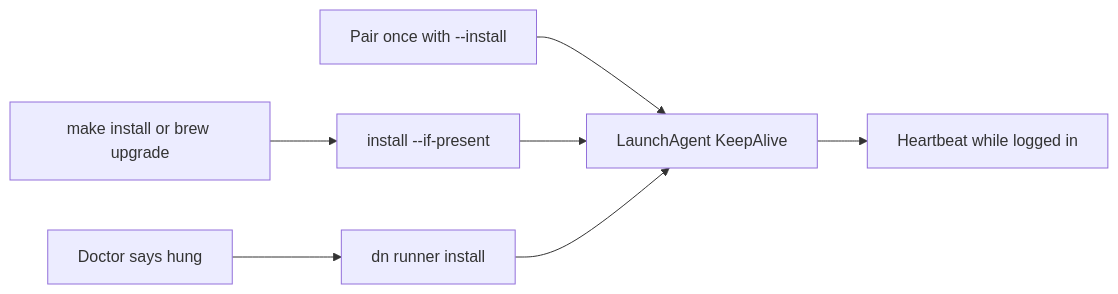
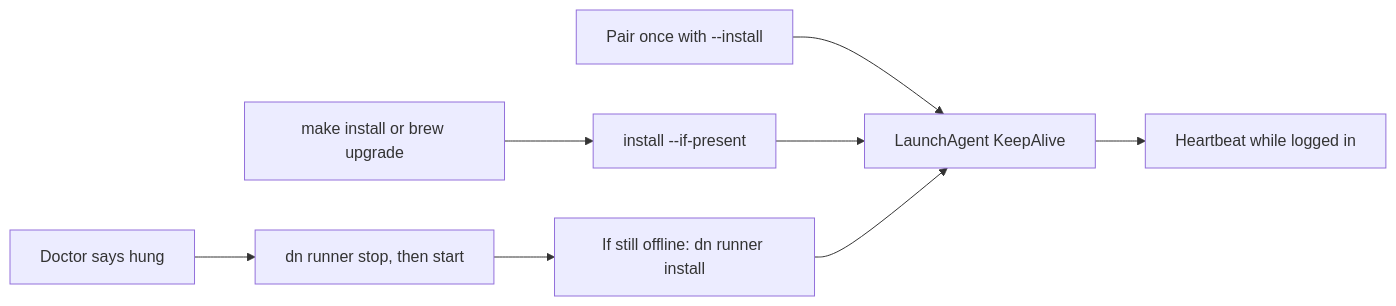
The first of 2 diagrams in docs/device-runners.md (chesapeakedev/dn), drawn with Mermaid before and after one commit. The commit also changed other lines of this file and 21 other files, not shown here.

````diff
--- a/docs/device-runners.md
+++ b/docs/device-runners.md
@@ -163,9 +165,10 @@
 ```mermaid
 flowchart LR
   pair["Pair once with --install"] --> agent["LaunchAgent KeepAlive"]
   agent --> beat["Heartbeat while logged in"]
   upgrade["make install or brew upgrade"] --> post["install --if-present"]
   post --> agent
-  hung["Doctor says hung"] --> recover["dn runner install"]
-  recover --> agent
+  hung["Doctor says hung"] --> recover["dn runner stop, then start"]
+  recover --> refresh["If still offline: dn runner install"]
+  refresh --> agent
 ```
````
